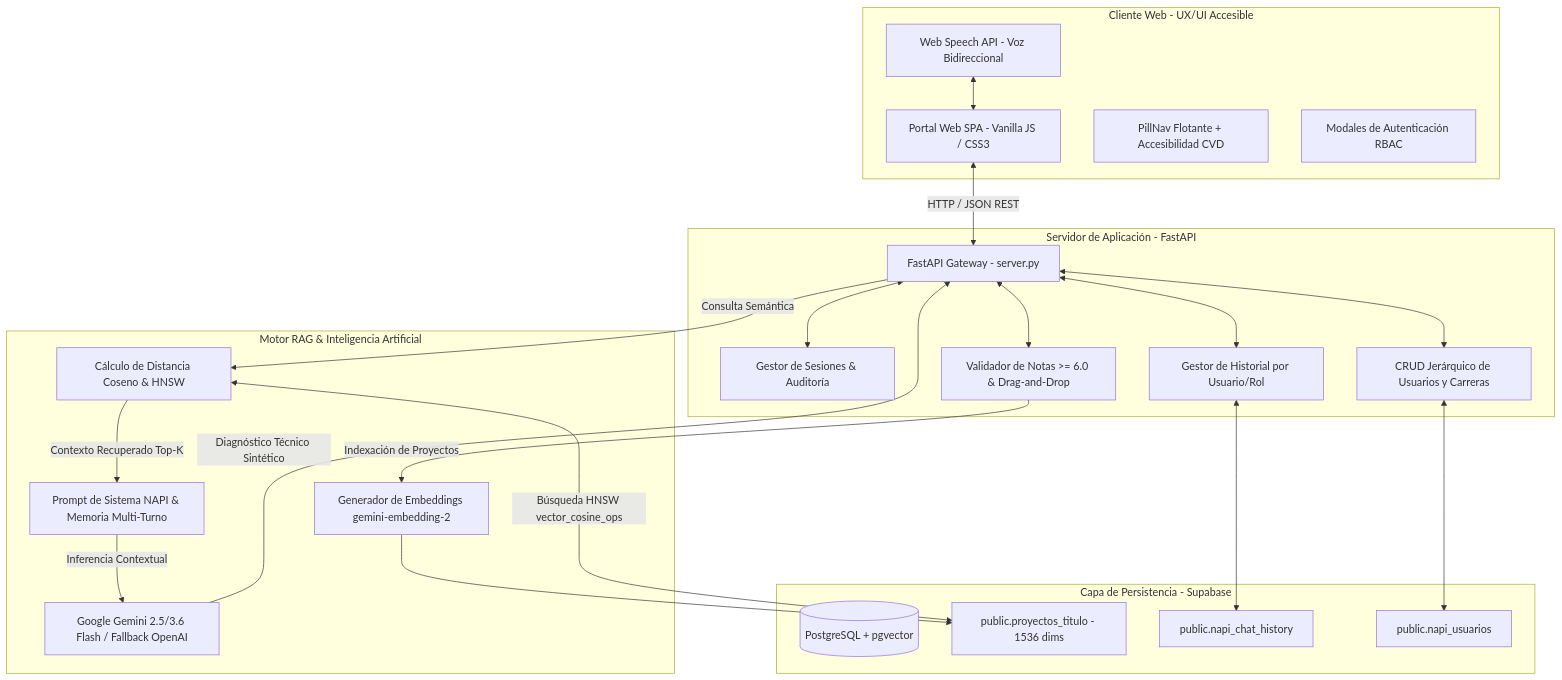
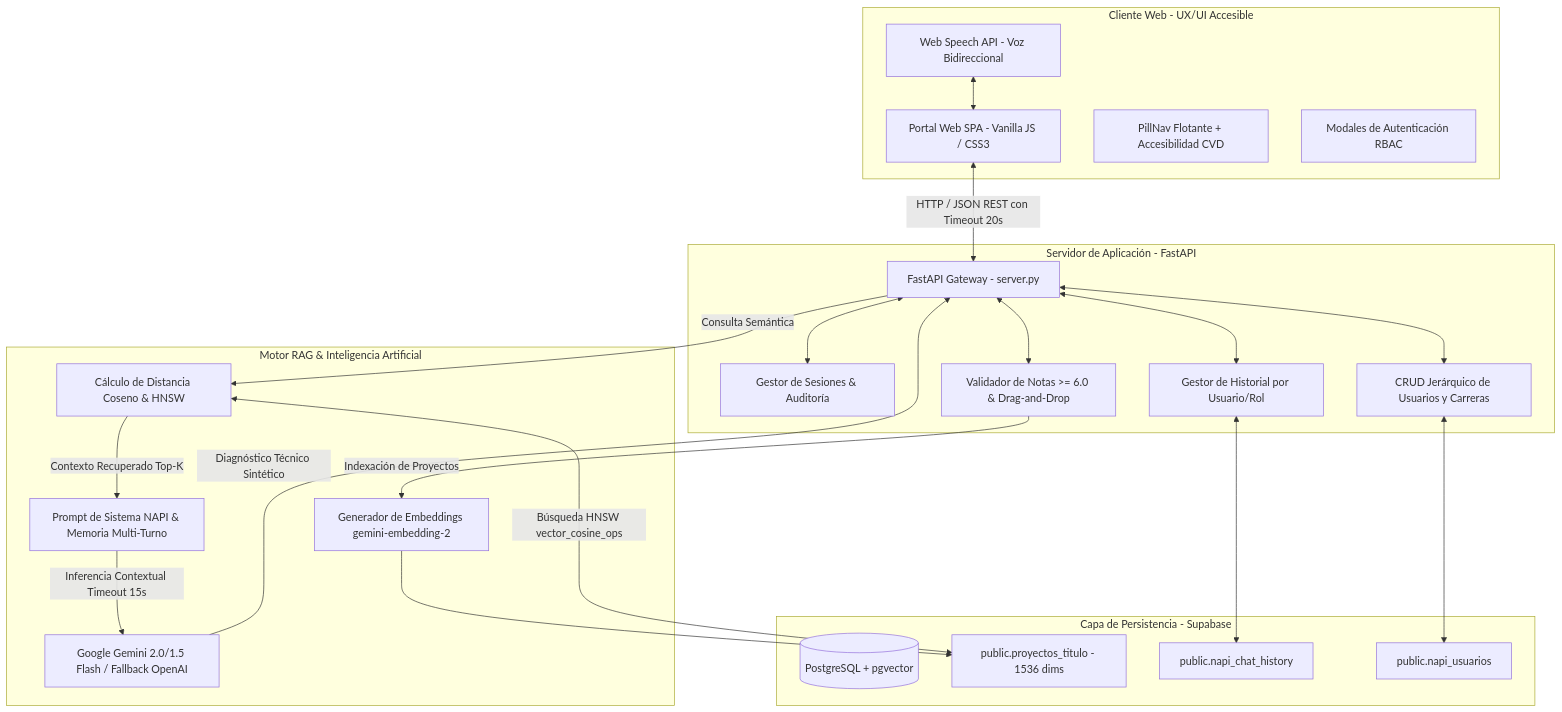
One commit to MemoryTesis2026/N.A.P.I changed the second of 2 diagrams in README.md. Above: the diagram before and after it, drawn with Mermaid. The commit also changed other lines of this file and 2 other files, not shown here.

````diff
--- a/README.md
+++ b/README.md
@@ -39,47 +133,47 @@
 ```mermaid
 graph TD
     subgraph Frontend [Cliente Web - UX/UI Accesible]
         UI[Portal Web SPA - Vanilla JS / CSS3]
         Nav[PillNav Flotante + Accesibilidad CVD]
         Voice[Web Speech API - Voz Bidireccional]
         Modals[Modales de Autenticación RBAC]
     end
 
     subgraph Backend [Servidor de Aplicación - FastAPI]
         API[FastAPI Gateway - server.py]
         Auth[Gestor de Sesiones & Auditoría]
         AdminModule[CRUD Jerárquico de Usuarios y Carreras]
         ProjectModule[Validador de Notas >= 6.0 & Drag-and-Drop]
         ChatModule[Gestor de Historial por Usuario/Rol]
     end
 
     subgraph RAG_Engine [Motor RAG & Inteligencia Artificial]
         EmbedEngine[Generador de Embeddings gemini-embedding-2]
         CosineCalc[Cálculo de Distancia Coseno & HNSW]
         PromptGen[Prompt de Sistema NAPI & Memoria Multi-Turno]
-        LLM[Google Gemini 2.5/3.6 Flash / Fallback OpenAI]
+        LLM[Google Gemini 2.0/1.5 Flash / Fallback OpenAI]
     end
 
     subgraph Database [Capa de Persistencia - Supabase]
         PG[(PostgreSQL + pgvector)]
         TableProjects[public.proyectos_titulo - 1536 dims]
         TableChat[public.napi_chat_history]
         TableUsers[public.napi_usuarios]
     end
 
-    UI <-->|HTTP / JSON REST| API
+    UI <-->|HTTP / JSON REST con Timeout 20s| API
     Voice <--> UI
     API <--> Auth
     API <--> AdminModule
     API <--> ProjectModule
     API <--> ChatModule
     ProjectModule -->|Indexación de Proyectos| EmbedEngine
     ChatModule <--> TableChat
     AdminModule <--> TableUsers
     EmbedEngine --> TableProjects
     API -->|Consulta Semántica| CosineCalc
     CosineCalc <-->|Búsqueda HNSW vector_cosine_ops| TableProjects
     CosineCalc -->|Contexto Recuperado Top-K| PromptGen
-    PromptGen -->|Inferencia Contextual| LLM
+    PromptGen -->|Inferencia Contextual Timeout 15s| LLM
     LLM -->|Diagnóstico Técnico Sintético| API
 ```
````
